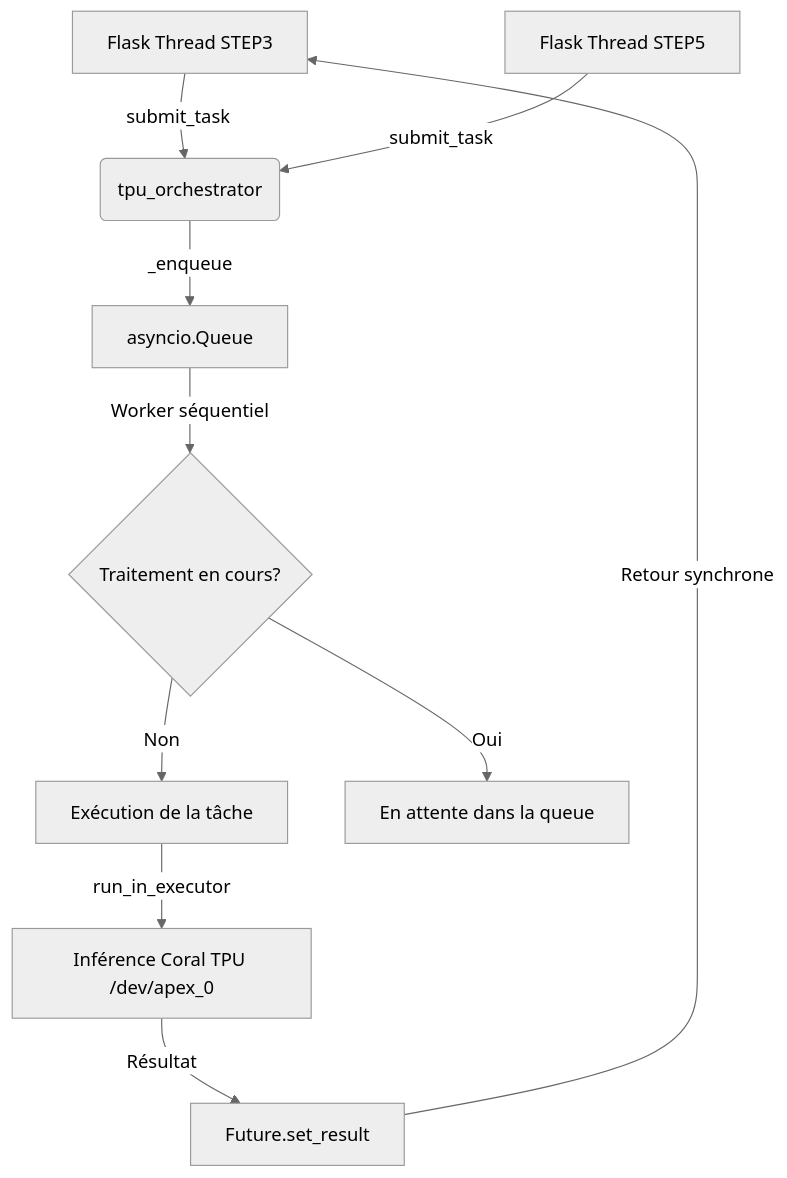
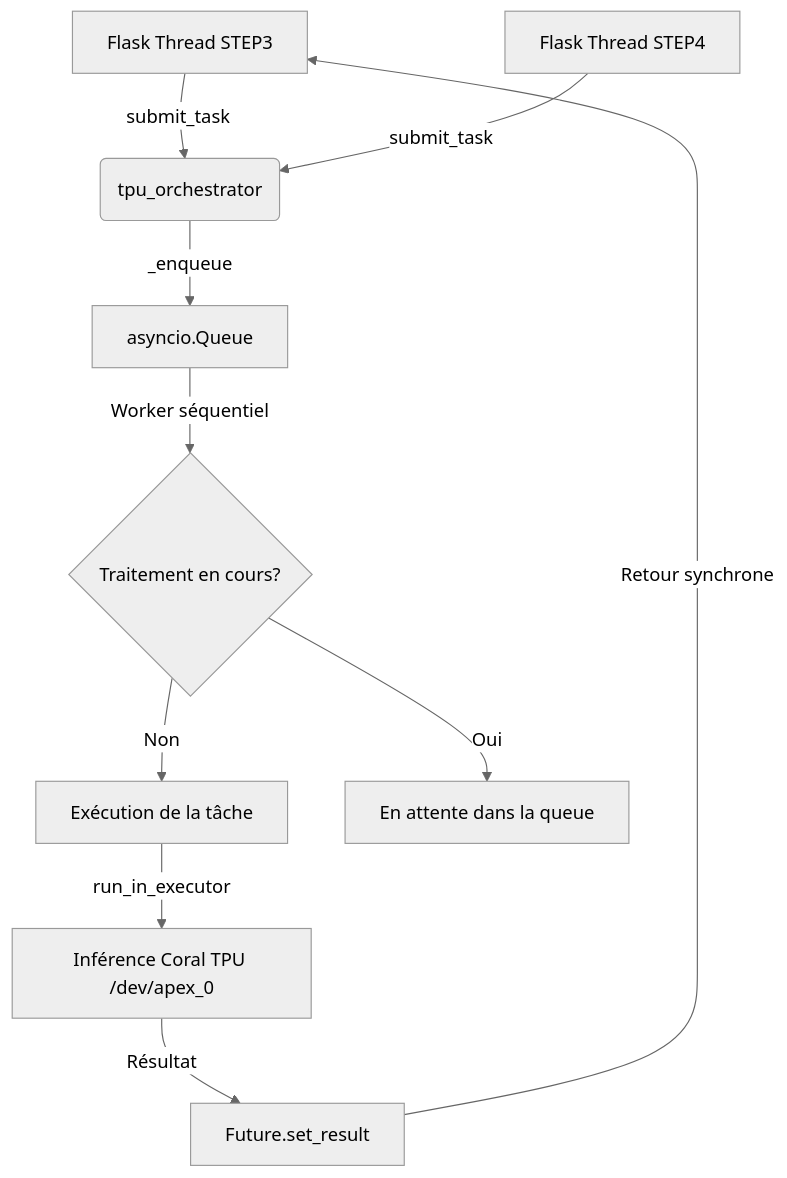
Before and after one commit to ki2pixel/workflow_mediapipe: the diagram in docs/workflow/services/coral-tpu-orchestrator.md, drawn with Mermaid (neutral theme). The commit also changed other lines of this file and 73 other files, not shown here.

````diff
--- a/docs/workflow/services/coral-tpu-orchestrator.md
+++ b/docs/workflow/services/coral-tpu-orchestrator.md
@@ -45,12 +45,12 @@
 ```mermaid
 graph TD
     A[Flask Thread STEP3] -->|submit_task| B(tpu_orchestrator)
-    C[Flask Thread STEP5] -->|submit_task| B
+    C[Flask Thread STEP4] -->|submit_task| B
     B -->|_enqueue| D[asyncio.Queue]
     D -->|Worker séquentiel| E{Traitement en cours?}
     E -->|Non| F[Exécution de la tâche]
     E -->|Oui| G[En attente dans la queue]
     F -->|run_in_executor| H[Inférence Coral TPU /dev/apex_0]
     H -->|Résultat| I[Future.set_result]
     I -->|Retour synchrone| A
 ```
````
